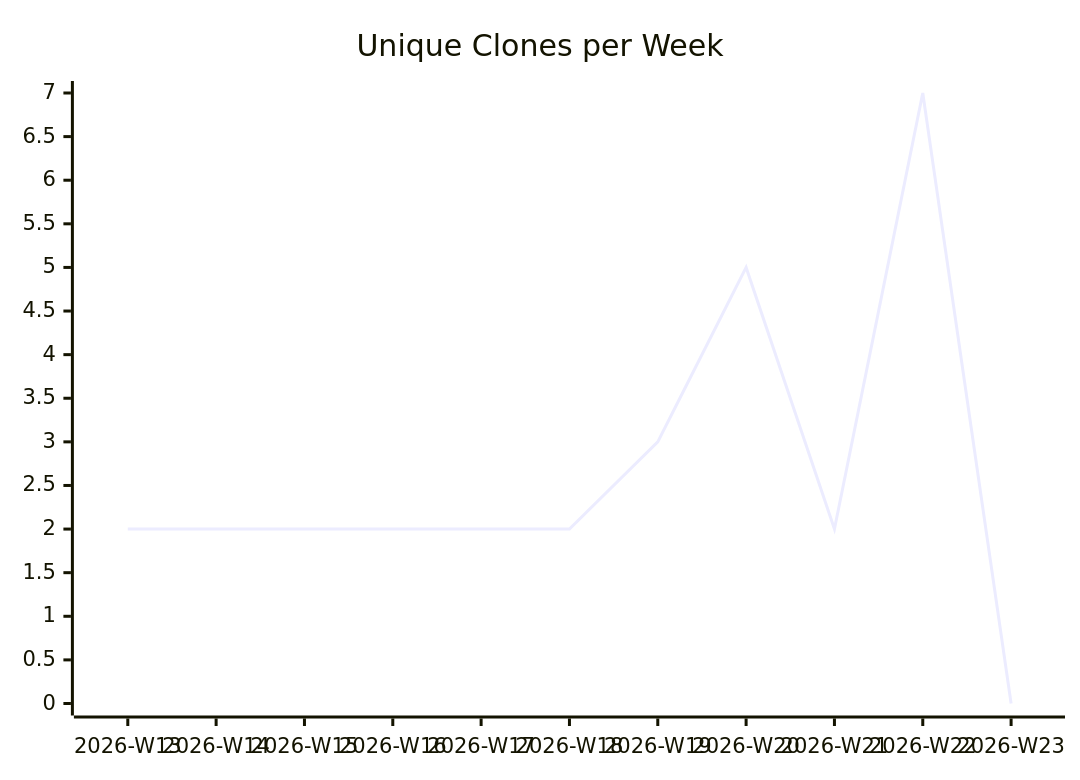
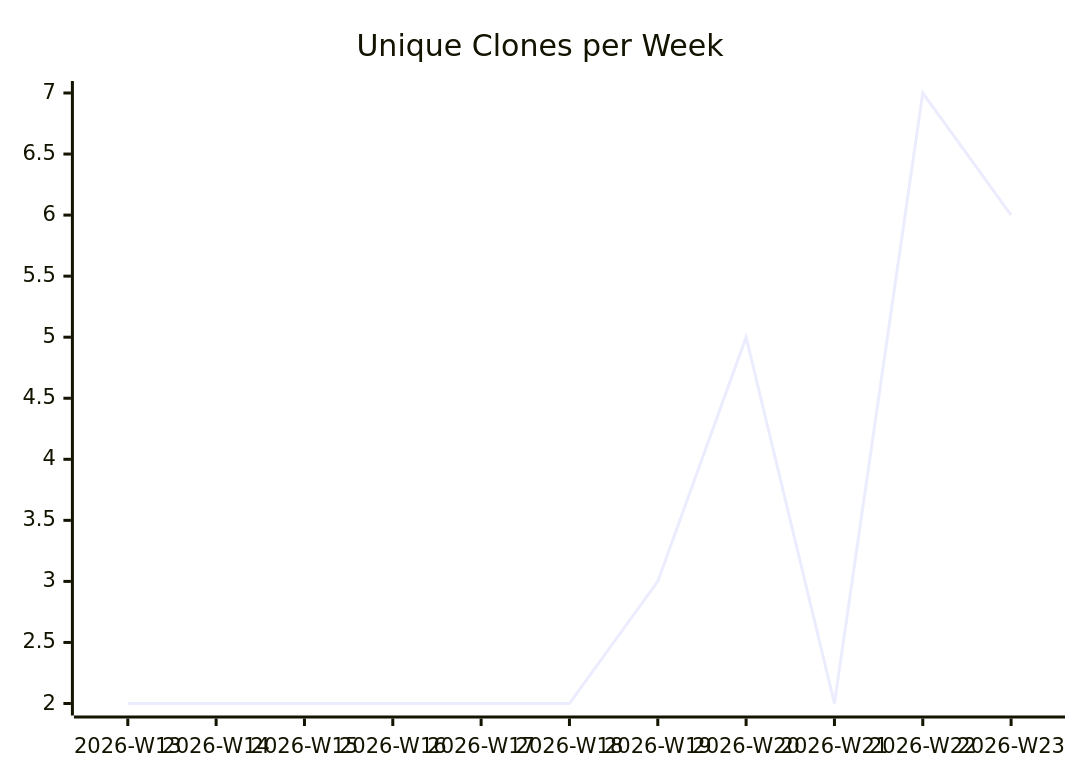
Before and after one commit to justdavis-family/github-analytics-data: the third of 3 diagrams in karlmdavis/rps-tourney/README.md, drawn with Mermaid. The commit also changed other lines of this file and 186 other files, not shown here.

````diff
--- a/karlmdavis/rps-tourney/README.md
+++ b/karlmdavis/rps-tourney/README.md
@@ -19,6 +19,6 @@
 ```mermaid
 xychart-beta
   title "Unique Clones per Week"
   x-axis ["2026-W13", "2026-W14", "2026-W15", "2026-W16", "2026-W17", "2026-W18", "2026-W19", "2026-W20", "2026-W21", "2026-W22", "2026-W23"]
-  line [2, 2, 2, 2, 2, 2, 3, 5, 2, 7, 0]
+  line [2, 2, 2, 2, 2, 2, 3, 5, 2, 7, 6]
 ```
````
